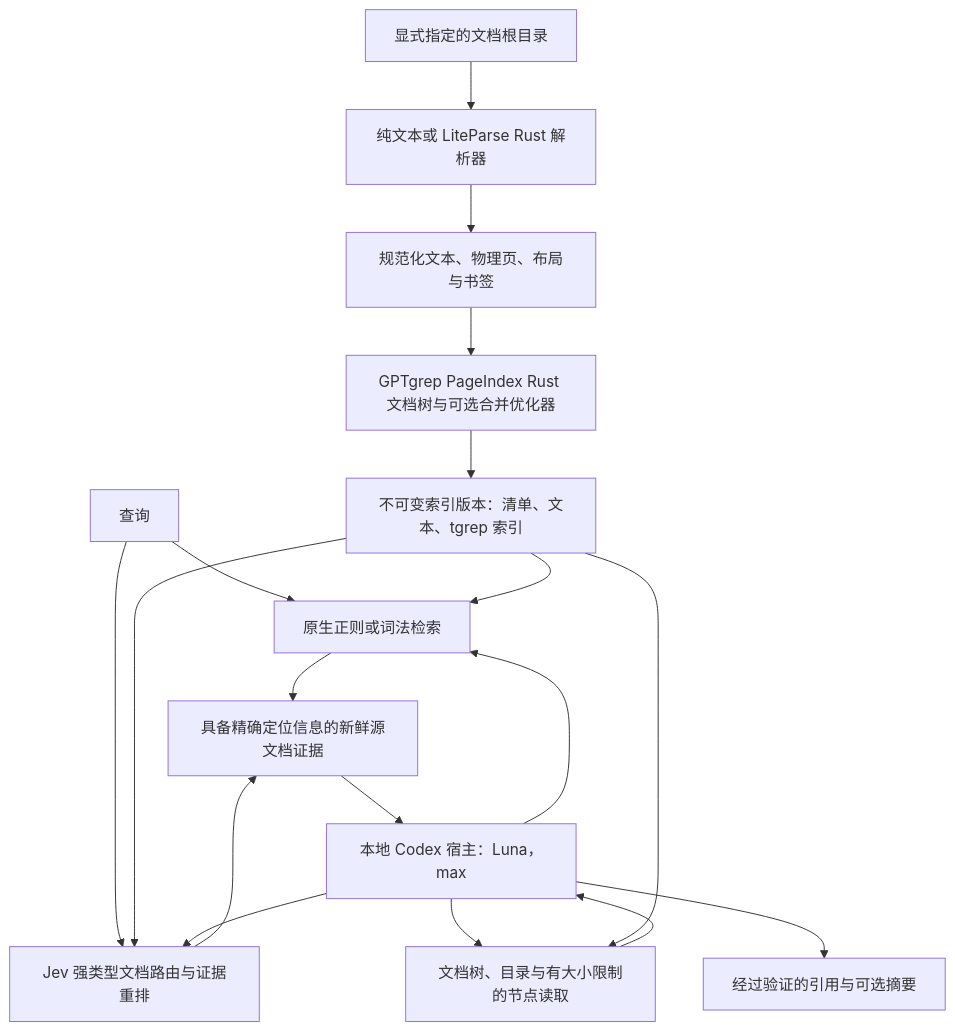
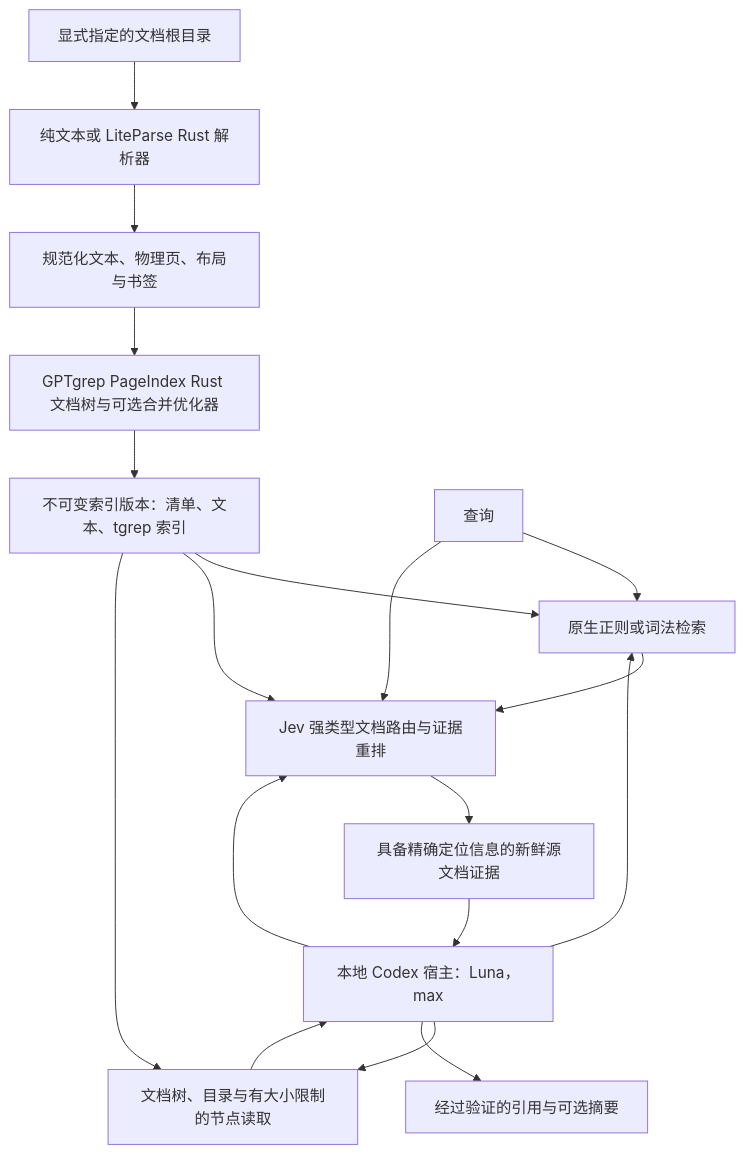
The diagram in docs/architecture.zh-CN.md (CelHive-AI/gptgrep), drawn with Mermaid before and after one commit. The commit also changed other lines of this file and 44 other files, not shown here.

````diff
--- a/docs/architecture.zh-CN.md
+++ b/docs/architecture.zh-CN.md
@@ -8,20 +9,20 @@
 ```mermaid
 flowchart TD
   A[显式指定的文档根目录] --> B[纯文本或 LiteParse Rust 解析器]
   B --> C[规范化文本、物理页、布局与书签]
   C --> D[GPTgrep PageIndex Rust 文档树与可选合并优化器]
   D --> E[不可变索引版本：清单、文本、tgrep 索引]
   Q[查询] --> F[原生正则或词法检索]
   E --> F
   Q --> G[Jev 强类型文档路由与证据重排]
   E --> G
-  F --> H[具备精确定位信息的新鲜源文档证据]
-  G --> H
+  F --> G
+  G --> H[具备精确定位信息的新鲜源文档证据]
   I[本地 Codex 宿主：Luna，max] --> F
   I --> G
   I --> J[文档树、目录与有大小限制的节点读取]
   E --> J
   H --> I
   J --> I
   I --> K[经过验证的引用与可选摘要]
 ```
````
